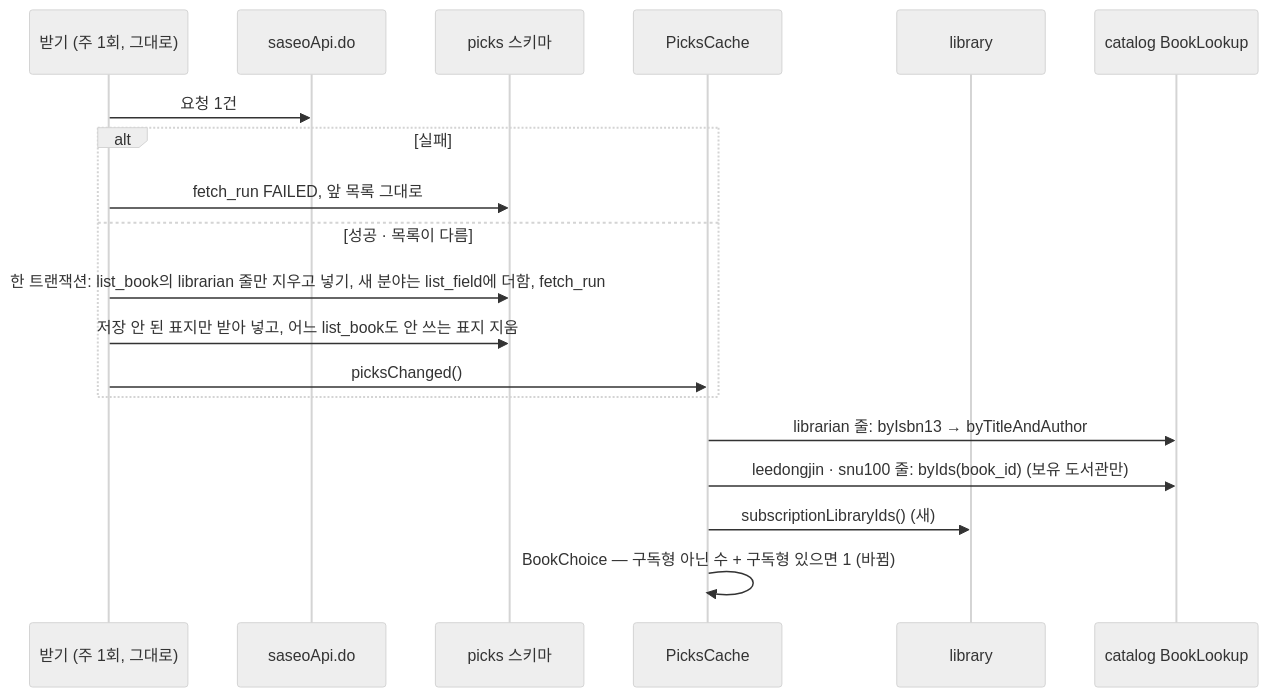
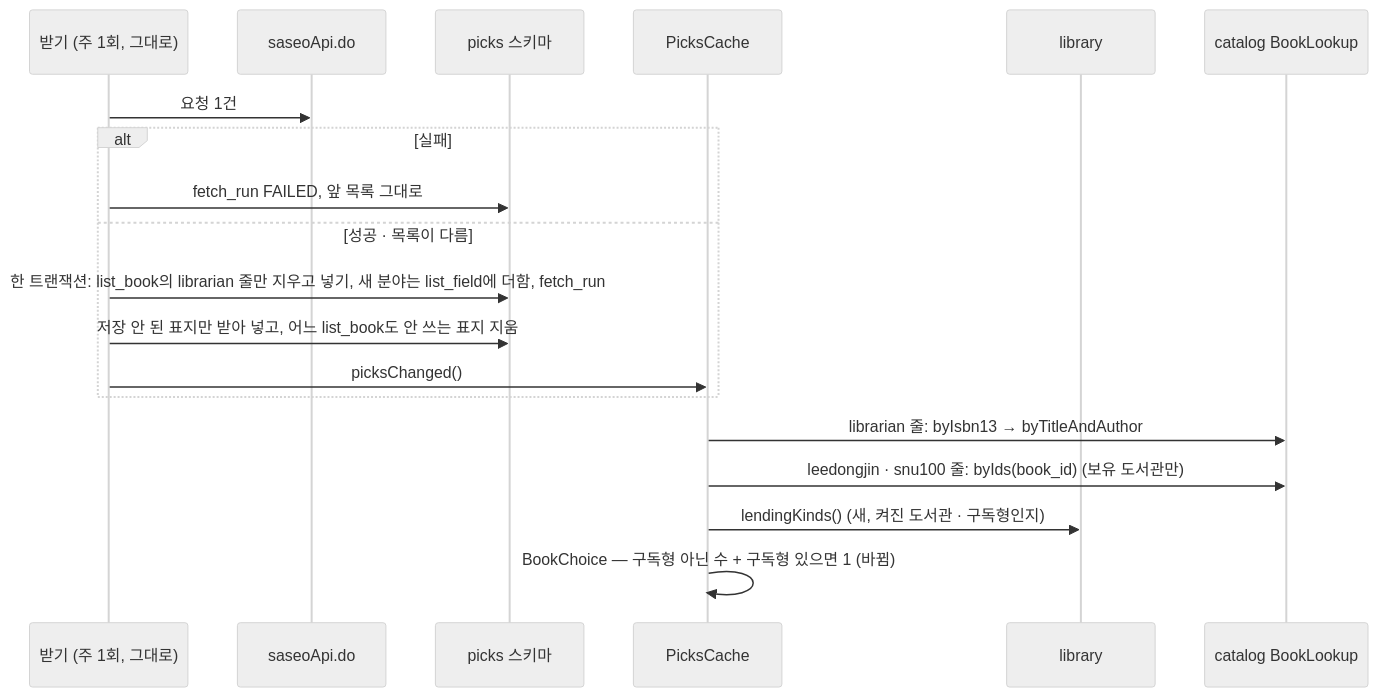
Before and after one commit to hodu-sketch/chaekcheck-plan: the third of 7 diagrams in docs/cycles/21-recommended-books/design-delta.md, drawn with Mermaid (neutral theme). The commit also changed other lines of this file and 4 other files, not shown here.

Commit message:
cycle 21: merge design into docs/current (module-map, data-model, api, flows 46-48), lendingKinds name in diagrams

````diff
--- a/docs/cycles/21-recommended-books/design-delta.md
+++ b/docs/cycles/21-recommended-books/design-delta.md
@@ -119,21 +119,21 @@
 ```mermaid
 sequenceDiagram
   participant J as 받기 (주 1회, 그대로)
   participant N as saseoApi.do
   participant DB as picks 스키마
   participant CA as PicksCache
   participant L as library
   participant CT as catalog BookLookup
   J->>N: 요청 1건
   alt 실패
     J->>DB: fetch_run FAILED, 앞 목록 그대로
   else 성공 · 목록이 다름
     J->>DB: 한 트랜잭션: list_book의 librarian 줄만 지우고 넣기, 새 분야는 list_field에 더함, fetch_run
     J->>DB: 저장 안 된 표지만 받아 넣고, 어느 list_book도 안 쓰는 표지 지움
     J->>CA: picksChanged()
   end
   CA->>CT: librarian 줄: byIsbn13 → byTitleAndAuthor
   CA->>CT: leedongjin · snu100 줄: byIds(book_id) (보유 도서관만)
-  CA->>L: subscriptionLibraryIds() (새)
+  CA->>L: lendingKinds() (새, 켜진 도서관 · 구독형인지)
   CA->>CA: BookChoice — 구독형 아닌 수 + 구독형 있으면 1 (바뀜)
 ```
````
